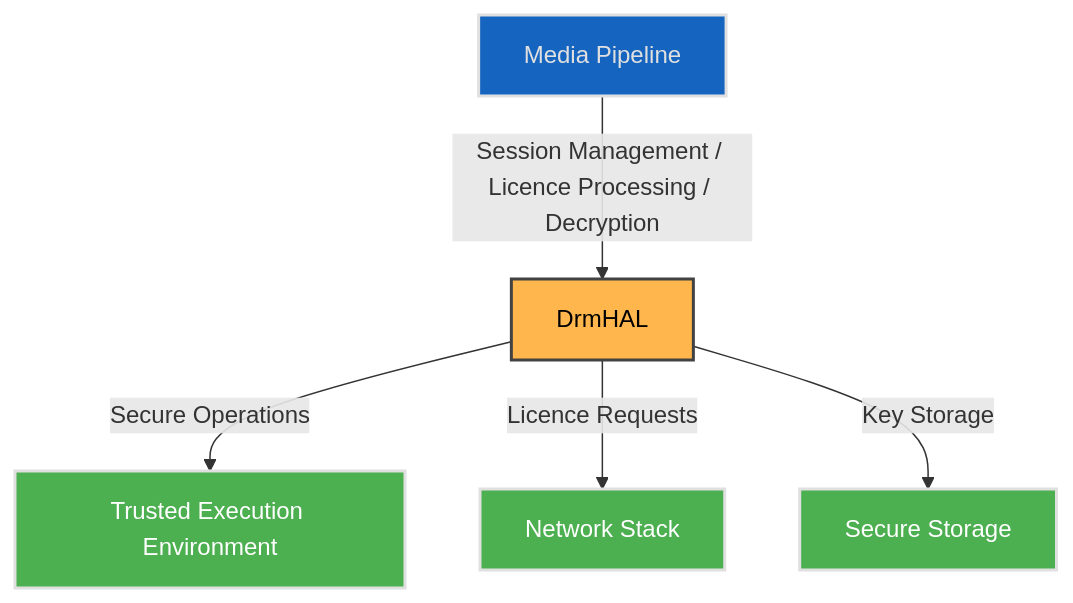
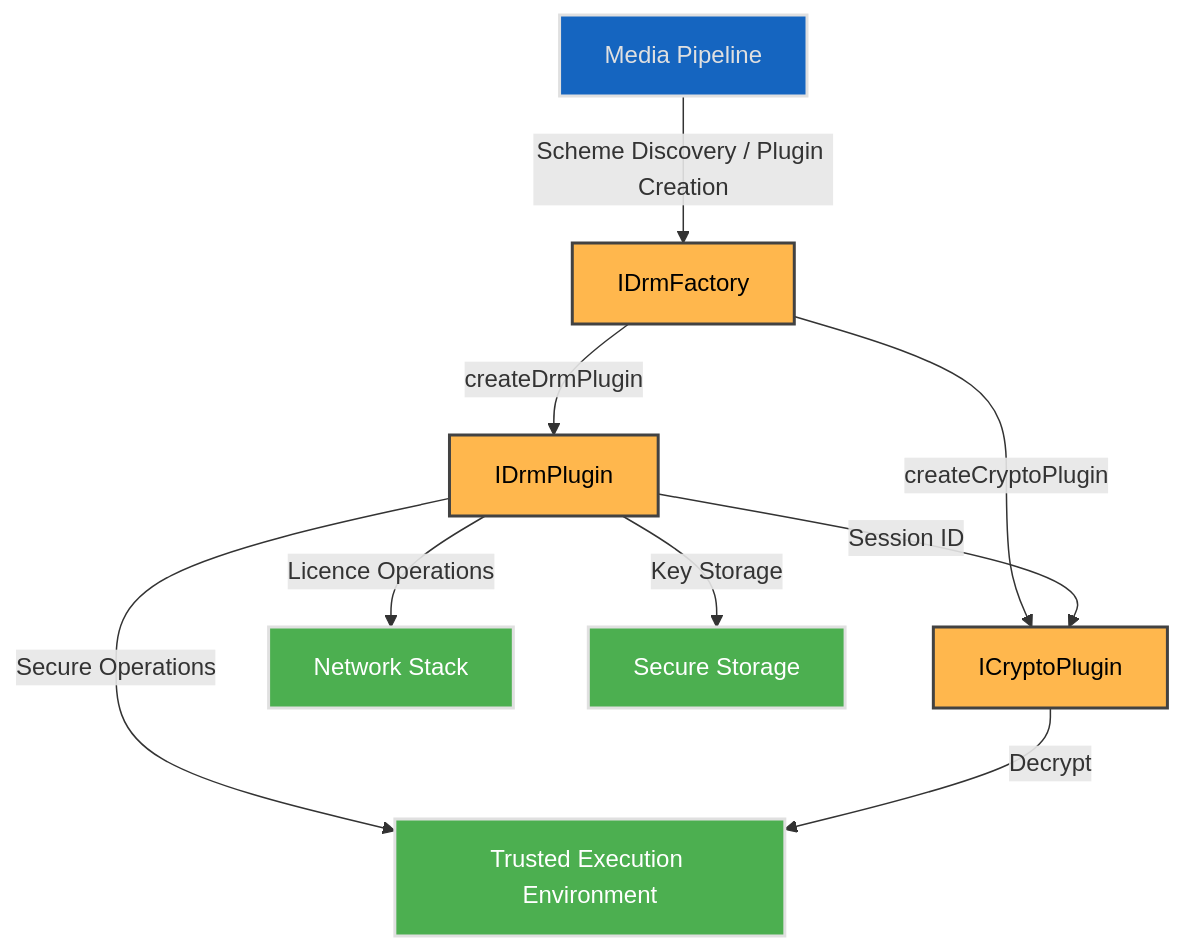
The diagram in docs/halif/drm/current/drm.md (rdkcentral/rdk-halif-aidl), drawn with Mermaid before and after one commit. The commit also changed other lines of this file and 3 other files, not shown here.

````diff
--- a/docs/halif/drm/current/drm.md
+++ b/docs/halif/drm/current/drm.md
@@ -92,19 +148,25 @@
 ```mermaid
 flowchart TD
-    Client[Media Pipeline] -->|Session Management / Licence Processing / Decryption| DrmHAL
-    DrmHAL -->|Secure Operations| TEE[Trusted Execution Environment]
-    DrmHAL -->|Licence Requests| Network[Network Stack]
-    DrmHAL -->|Key Storage| SecureStorage[Secure Storage]
-    
+    Client[Media Pipeline] -->|Scheme Discovery / Plugin Creation| DrmFactory[IDrmFactory]
+    DrmFactory -->|createDrmPlugin| DrmPlugin[IDrmPlugin]
+    DrmFactory -->|createCryptoPlugin| CryptoPlugin[ICryptoPlugin]
+    DrmPlugin -->|Session ID| CryptoPlugin
+    DrmPlugin -->|Licence Operations| Network[Network Stack]
+    DrmPlugin -->|Secure Operations| TEE[Trusted Execution Environment]
+    CryptoPlugin -->|Decrypt| TEE
+    DrmPlugin -->|Key Storage| SecureStorage[Secure Storage]
+
     classDef background fill:#121212,stroke:none,color:#E0E0E0;
     classDef blue fill:#1565C0,stroke:#E0E0E0,stroke-width:2px,color:#E0E0E0;
     classDef wheat fill:#FFB74D,stroke:#424242,stroke-width:2px,color:#000000;
     classDef green fill:#4CAF50,stroke:#E0E0E0,stroke-width:2px,color:#FFFFFF;
     classDef default fill:#1E1E1E,stroke:#E0E0E0,stroke-width:1px,color:#E0E0E0;
 
     Client:::blue
-    DrmHAL:::wheat
+    DrmFactory:::wheat
+    DrmPlugin:::wheat
+    CryptoPlugin:::wheat
     TEE:::green
     Network:::green
     SecureStorage:::green
 ```
````
